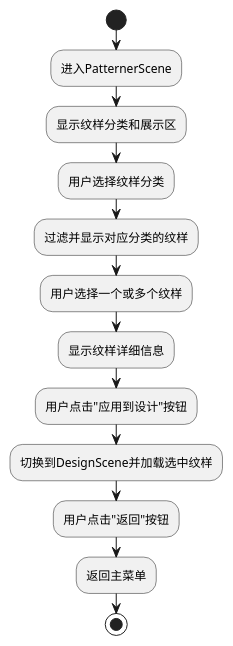
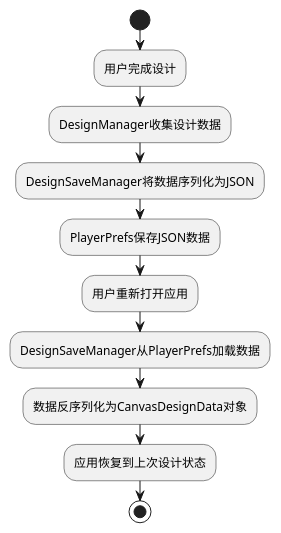
Before and after one commit to eeeedddduuuu/TieDyeGit: the ninth of 9 diagrams in Assets/Report/系统设计报告.md, drawn with PlantUML. The commit also changed other lines of this file and 20 other files, not shown here.

````diff
--- a/Assets/Report/系统设计报告.md
+++ b/Assets/Report/系统设计报告.md
@@ -291,16 +322,17 @@
 ```plantuml
 @startuml
 start
-:进入PatternerScene;
-:显示纹样分类和展示区;
-:用户选择纹样分类;
-:过滤并显示对应分类的纹样;
-:用户选择一个或多个纹样;
-:显示纹样详细信息;
-:用户点击"应用到设计"按钮;
-:切换到DesignScene并加载选中纹样;
-:用户点击"返回"按钮;
-:返回主菜单;
+
+:用户完成设计;
+:DesignManager收集设计数据;
+:DesignSaveManager将数据序列化为JSON;
+:PlayerPrefs保存JSON数据;
+
+:用户重新打开应用;
+:DesignSaveManager从PlayerPrefs加载数据;
+:数据反序列化为CanvasDesignData对象;
+:应用恢复到上次设计状态;
+
 stop
 @enduml
 ```
````
